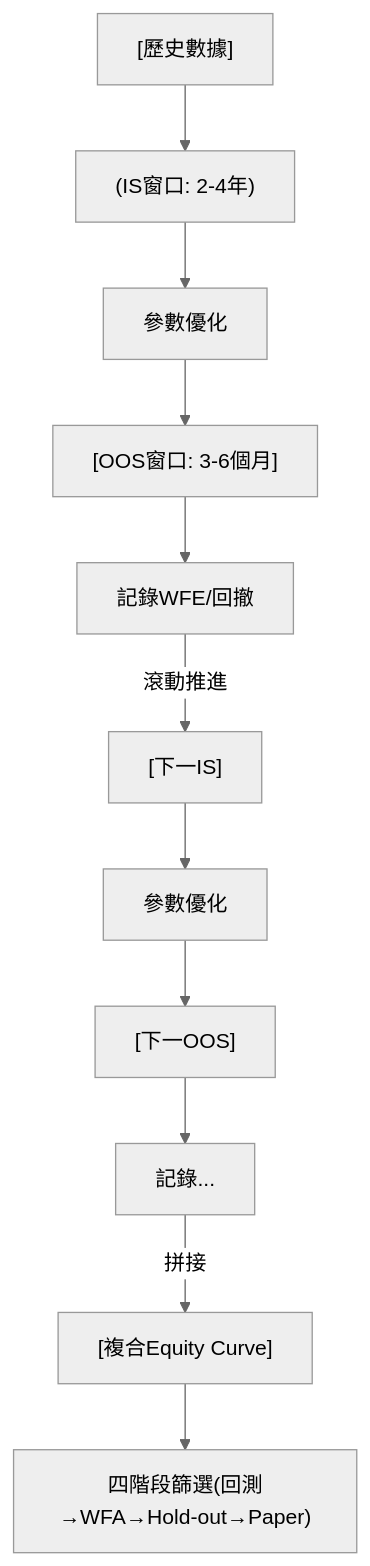
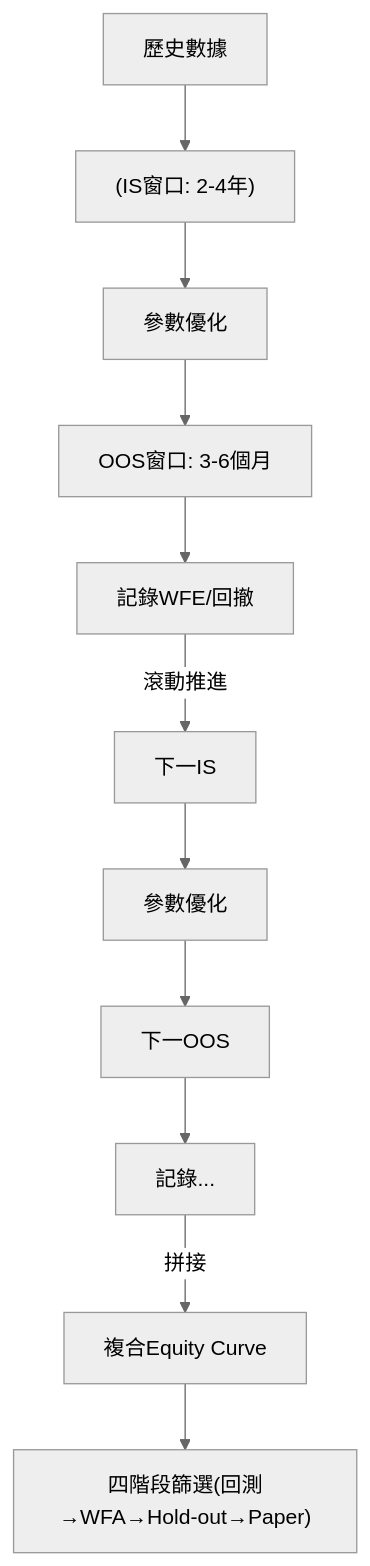
One commit to sou350121/Trading-Handbook changed the diagram in foundations/evaluation-benchmarks/walk-forward-analysis.md. Above: the diagram before and after it, drawn with Mermaid (neutral theme). The commit also changed 191 other files, not shown here.

First line of the commit message:
render: fix math + mermaid for GitHub across the corpus (188 pages)

````diff
--- a/foundations/evaluation-benchmarks/walk-forward-analysis.md
+++ b/foundations/evaluation-benchmarks/walk-forward-analysis.md
@@ -30,13 +30,13 @@
 ```mermaid
 flowchart TD
-    A["[歷史數據]"] --> B["(IS窗口: 2-4年)"]
+    A["歷史數據"] --> B["(IS窗口: 2-4年)"]
     B --> C["參數優化"]
-    C --> D["[OOS窗口: 3-6個月]"]
+    C --> D["OOS窗口: 3-6個月"]
     D --> E["記錄WFE/回撤"]
-    E -->|滾動推進| F["[下一IS]"]
+    E -->|滾動推進| F["下一IS"]
     F --> G["參數優化"]
-    G --> H["[下一OOS]"]
+    G --> H["下一OOS"]
     H --> I["記錄..."]
-    I -->|拼接| J["[複合Equity Curve]"]
+    I -->|拼接| J["複合Equity Curve"]
     J --> K["四階段篩選(回測→WFA→Hold-out→Paper)"]
 ```
````
